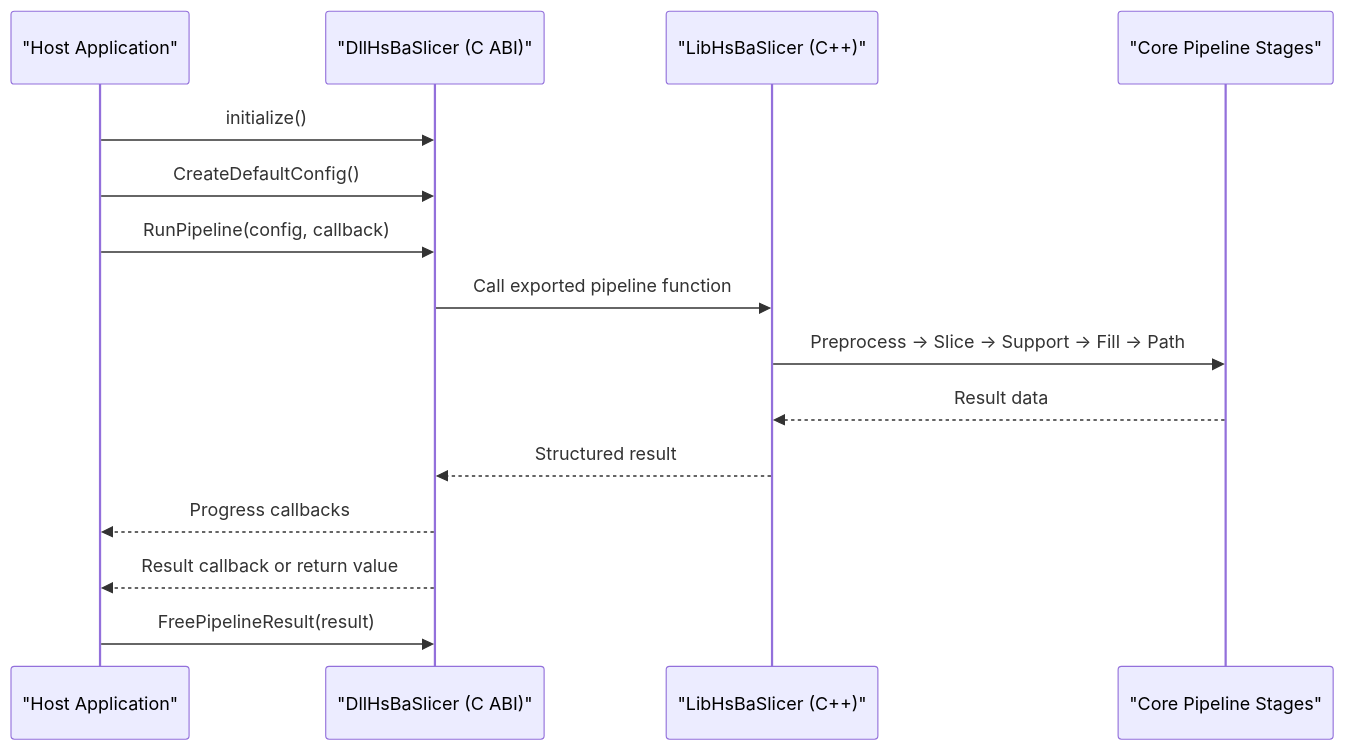
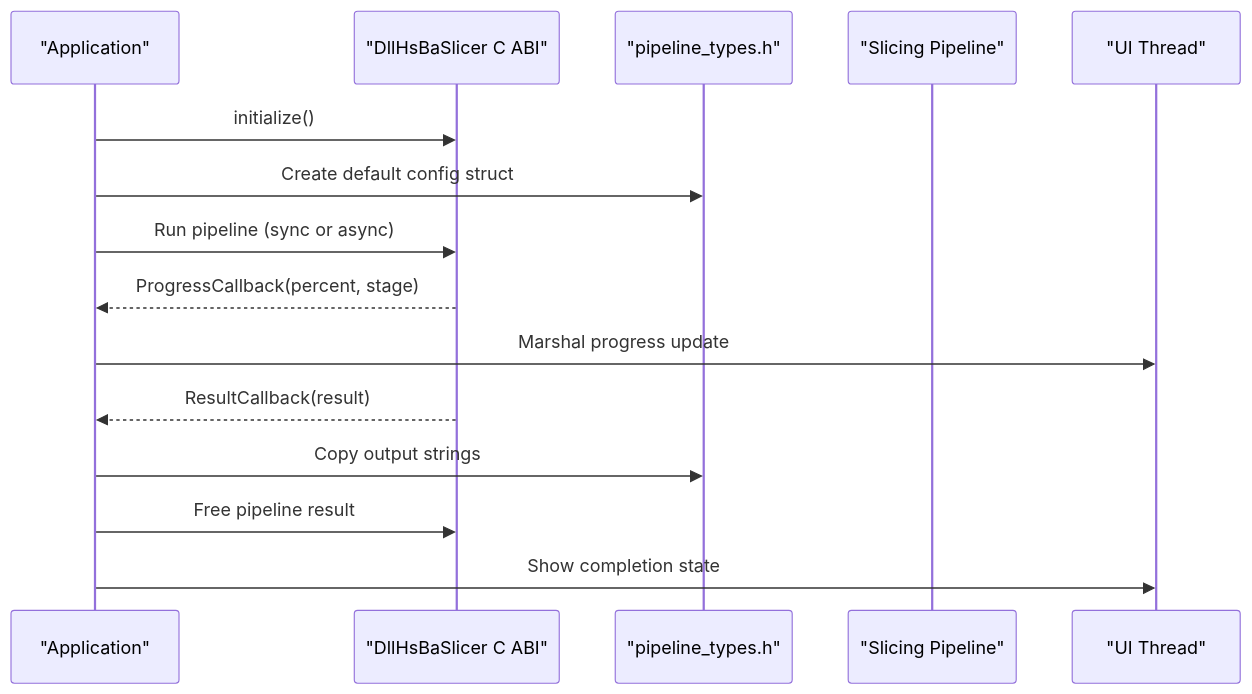
Before and after one commit to hsmbanlance/HsBaSlicer: the second of 9 diagrams in .qoder/repowiki/en/content/Integration Guide/Integration Guide.md, drawn with Mermaid. The commit also changed other lines of this file and 1095 other files, not shown here.

````diff
--- a/.qoder/repowiki/en/content/Integration Guide/Integration Guide.md
+++ b/.qoder/repowiki/en/content/Integration Guide/Integration Guide.md
@@ -101,17 +97,17 @@
 ```mermaid
 sequenceDiagram
-participant Host as "Host Application"
-participant Dll as "DllHsBaSlicer (C ABI)"
-participant Lib as "LibHsBaSlicer (C++)"
-participant Core as "Core Pipeline Stages"
-Host->>Dll : initialize()
-Host->>Dll : CreateDefaultConfig()
-Host->>Dll : RunPipeline(config, callback)
-Dll->>Lib : Call exported pipeline function
-Lib->>Core : Preprocess -> Slice -> Support -> Fill -> Path
-Core-->>Lib : Result data
-Lib-->>Dll : Structured result
-Dll-->>Host : Progress callbacks
-Dll-->>Host : Result callback or return value
-Host->>Dll : FreePipelineResult(result)
+participant App as "Application"
+participant ABI as "DllHsBaSlicer C ABI"
+participant Types as "pipeline_types.h"
+participant Pipeline as "Slicing Pipeline"
+participant UI as "UI Thread"
+App->>ABI : initialize()
+App->>Types : Create default config struct
+App->>ABI : Run pipeline (sync or async)
+ABI-->>App : ProgressCallback(percent, stage)
+App->>UI : Marshal progress update
+ABI-->>App : ResultCallback(result)
+App->>Types : Copy output strings
+App->>ABI : Free pipeline result
+App->>UI : Show completion state
 ```
````
